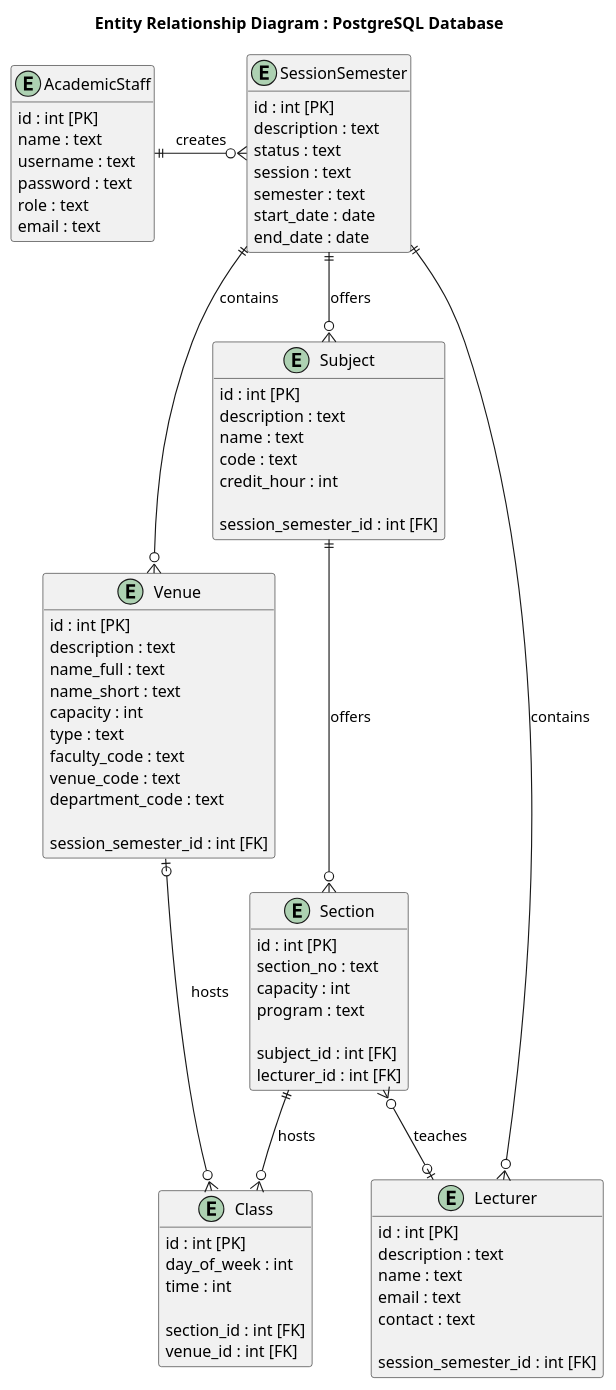
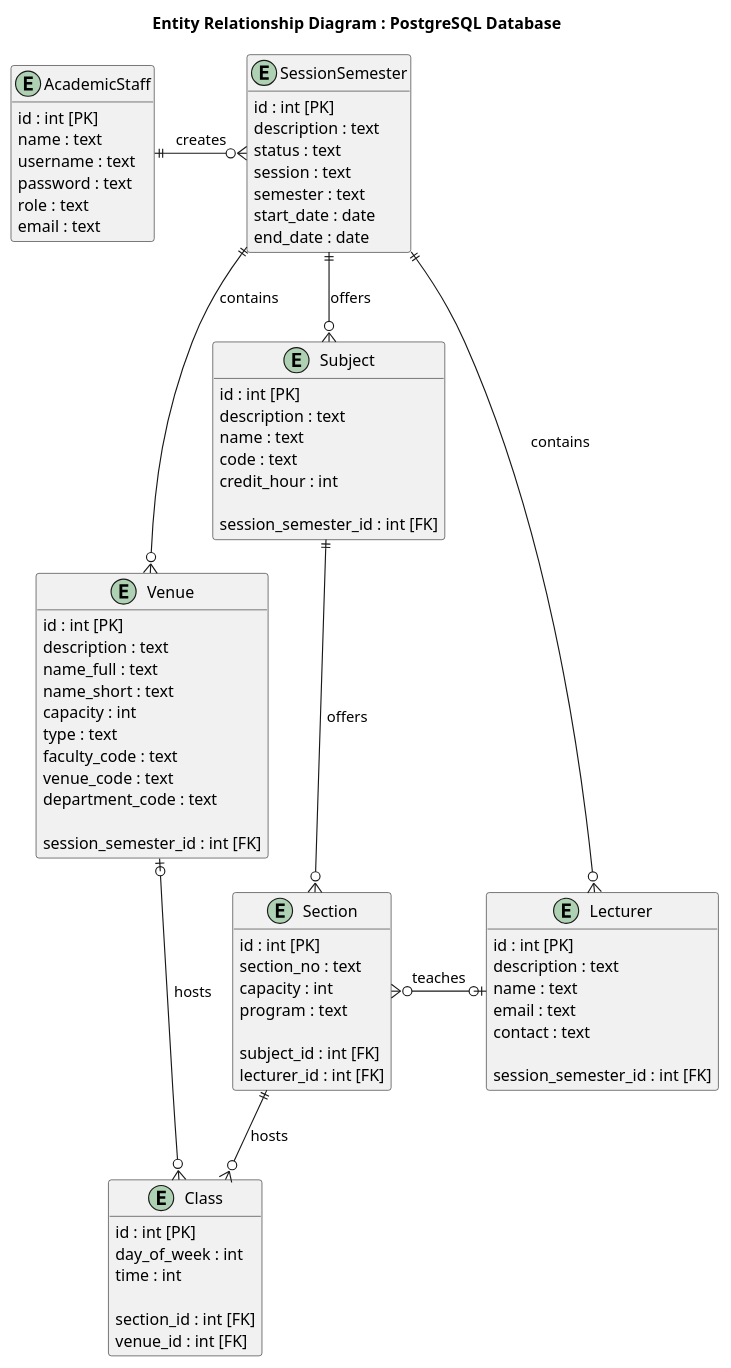
One commit to AdmiJW/UTM-FC-Scheduler-UML changed the diagram in erd/erd.plantuml. Above: the diagram before and after it, drawn with PlantUML. The commit also changed 3 other files, not shown here.

Commit message:
JW: ERD and Architecture

```diff
--- a/erd/erd.plantuml
+++ b/erd/erd.plantuml
@@ -1,99 +1,99 @@
 @startuml Entity Relationship Diagram
 skinparam classAttributeIconSize 0
 hide empty members
 
 title Entity Relationship Diagram : PostgreSQL Database
 
 
 
 entity AcademicStaff {
     id : int [PK]
     name : text
     username : text
     password : text 
     role : text
     email : text
 }
 
 
 entity SessionSemester {
     id : int [PK]
     description : text
     status : text
     session : text
     semester : text
     start_date : date
     end_date : date
 }
 
 
 entity Venue {
     id : int [PK]
     description : text
     name_full : text
     name_short : text
     capacity : int
     type : text
     faculty_code : text
     venue_code : text
     department_code : text
 
     session_semester_id : int [FK]
 }
 
 
 entity Lecturer {
     id : int [PK]
     description : text
     name : text
     email : text
     contact : text
 
     session_semester_id : int [FK]
 }
 
 
 entity Subject {
     id : int [PK]
     description : text
     name : text
     code : text
     credit_hour : int
 
     session_semester_id : int [FK]
 }
 
 
 entity Section {
     id : int [PK]
     section_no : text
     capacity : int
     program : text
 
     subject_id : int [FK]
     lecturer_id : int [FK]
 }
 
 
 entity Class {
     id : int [PK]
     day_of_week : int
     time : int
 
     section_id : int [FK]
     venue_id : int [FK]
 }
 
 
 
 AcademicStaff ||-o{ SessionSemester : "creates"
 SessionSemester ||--o{ Venue : "contains"
-SessionSemester ||--o{ Lecturer : "contains"
+SessionSemester ||-o{ Lecturer : "contains"
 SessionSemester ||--o{ Subject : "offers"
 Subject ||--o{ Section : "offers"
 Section ||--o{ Class : "hosts"
-Section }o--o| Lecturer : "teaches"
+Section }o-o| Lecturer : "teaches"
 Venue |o--o{ Class : "hosts"
 
 
 @enduml
```
